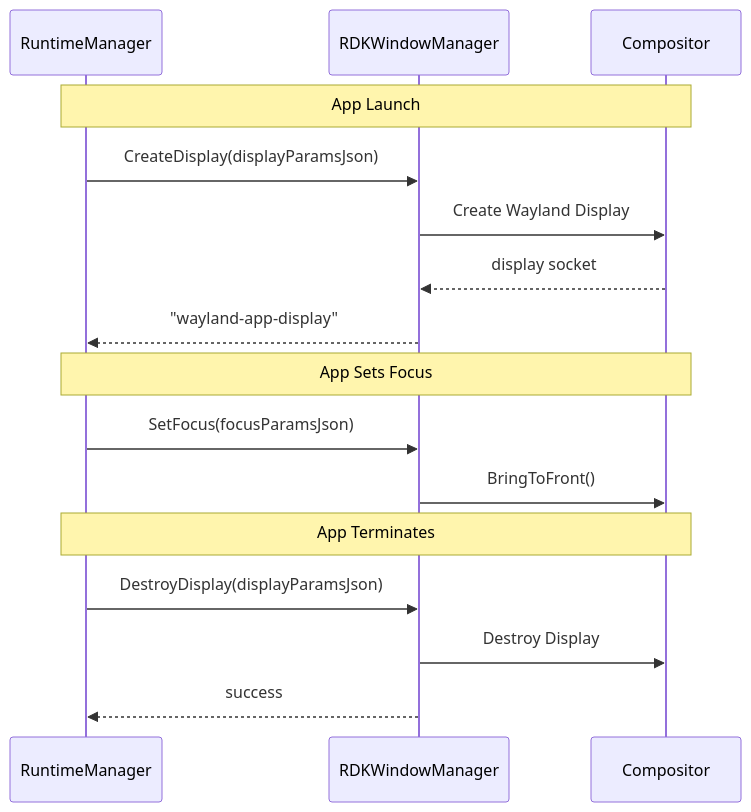
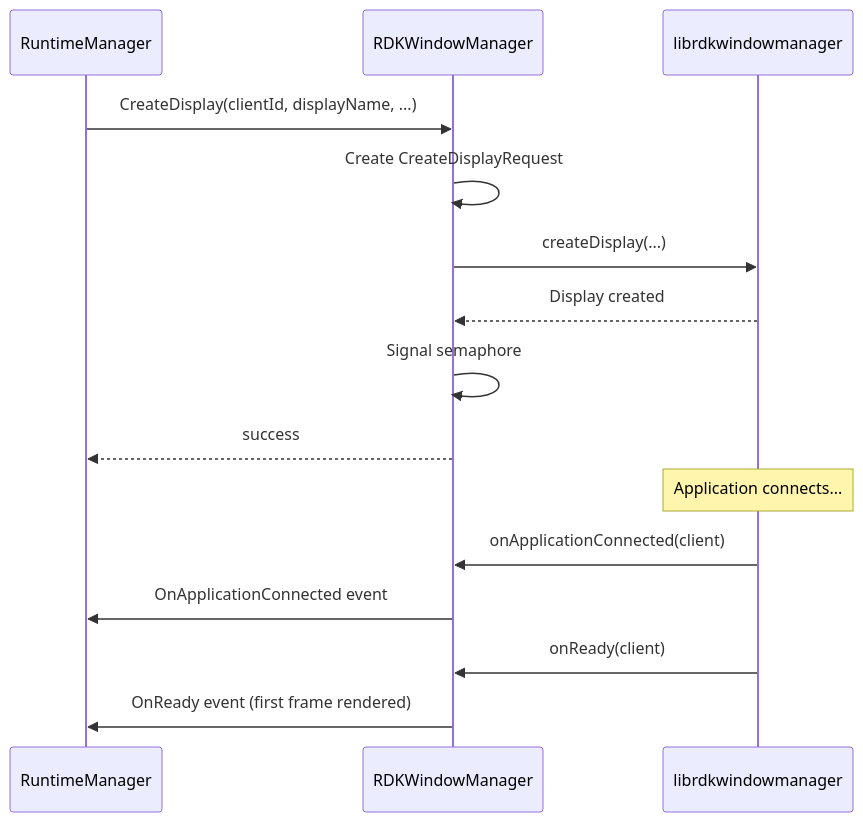
One commit to rdkcentral/entservices-appmanagers changed the second of 5 diagrams in RDKWindowManager/RDKWindowManager.md. Above: the diagram before and after it, drawn with Mermaid. The commit also changed other lines of this file and 19 other files, not shown here.

````diff
--- a/RDKWindowManager/RDKWindowManager.md
+++ b/RDKWindowManager/RDKWindowManager.md
@@ -154,21 +205,21 @@
 ```mermaid
 sequenceDiagram
     participant RTM as RuntimeManager
     participant WM as RDKWindowManager
-    participant Compositor
+    participant RWM as librdkwindowmanager
 
-    Note over RTM,Compositor: App Launch
-    RTM->>WM: CreateDisplay(displayParamsJson)
-    WM->>Compositor: Create Wayland Display
-    Compositor-->>WM: display socket
-    WM-->>RTM: "wayland-app-display"
+    RTM->>WM: CreateDisplay(clientId, displayName, ...)
+    WM->>WM: Create CreateDisplayRequest
+    WM->>RWM: createDisplay(...)
+    RWM-->>WM: Display created
+    WM->>WM: Signal semaphore
+    WM-->>RTM: success
 
-    Note over RTM,Compositor: App Sets Focus
-    RTM->>WM: SetFocus(focusParamsJson)
-    WM->>Compositor: BringToFront()
+    Note over RWM: Application connects...
 
-    Note over RTM,Compositor: App Terminates
-    RTM->>WM: DestroyDisplay(displayParamsJson)
-    WM->>Compositor: Destroy Display
-    WM-->>RTM: success
+    RWM->>WM: onApplicationConnected(client)
+    WM->>RTM: OnApplicationConnected event
+
+    RWM->>WM: onReady(client)
+    WM->>RTM: OnReady event (first frame rendered)
 ```
````
